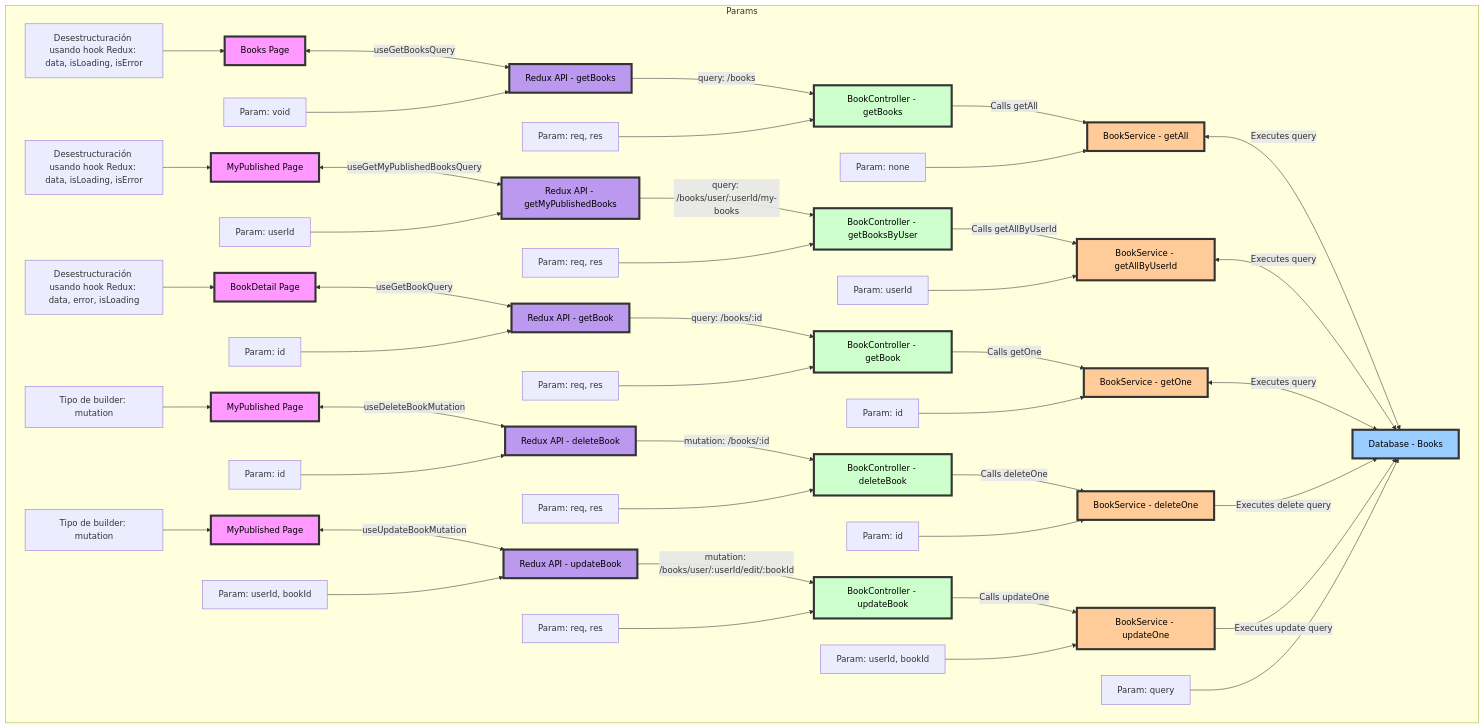
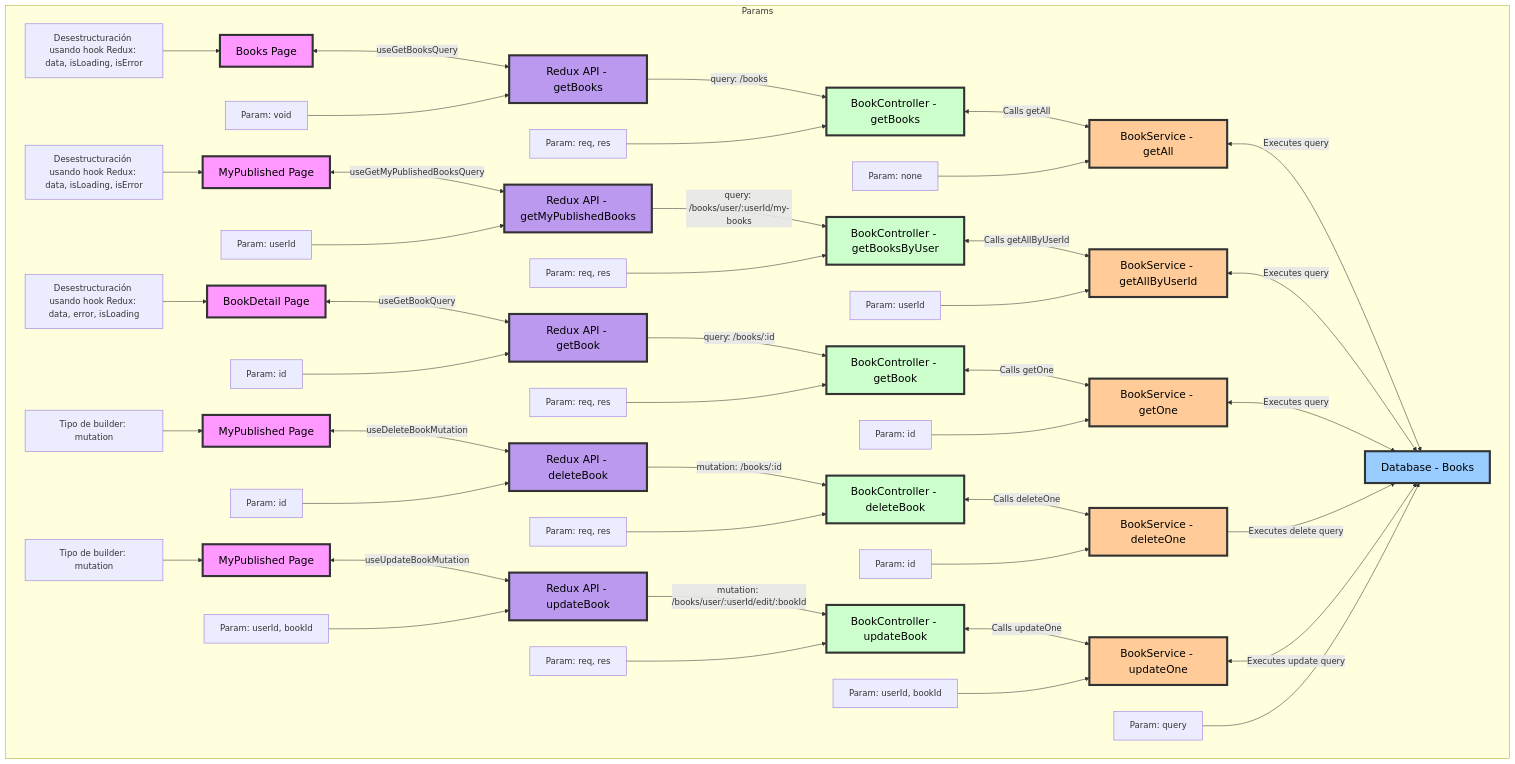
One commit to FernandoMoyano/EcoReaders changed the second of 2 diagrams in client/README.md. Above: the diagram before and after it, drawn with Mermaid.

Commit message:
modifcando direccion de flechas mermaid3

````diff
--- a/client/README.md
+++ b/client/README.md
@@ -94,32 +94,32 @@
     %% Definición de los componentes
     A["Books Page"]<-->|useGetBooksQuery| B["Redux API - getBooks"]
     B -->|query: /books| C["BookController - getBooks"]
-    C -->|Calls getAll| D["BookService - getAll"]
+    C <-->|Calls getAll| D["BookService - getAll"]
     D <-->|Executes query| E["Database - Books"]
 
     %% Conexiones para obtener libros por usuario
     F["MyPublished Page"]<-->|useGetMyPublishedBooksQuery|G["Redux API - getMyPublishedBooks"]
     G -->|query: /books/user/:userId/my-books| H["BookController - getBooksByUser"]
-    H -->|Calls getAllByUserId| I["BookService - getAllByUserId"]
+    H <-->|Calls getAllByUserId| I["BookService - getAllByUserId"]
     I <-->|Executes query| E
 
     %% Conexiones para obtener un libro en particular
     J["BookDetail Page"]<-->|useGetBookQuery| K["Redux API - getBook"]
     K -->|query: /books/:id| L["BookController - getBook"]
-    L -->|Calls getOne| M["BookService - getOne"]
+    L <-->|Calls getOne| M["BookService - getOne"]
     M <-->|Executes query| E
 
     %% Conexiones para eliminar un libro
     N["MyPublished Page"] <-->|useDeleteBookMutation| O["Redux API - deleteBook"]
     O -->|mutation: /books/:id| P["BookController - deleteBook"]
-    P -->|Calls deleteOne| Q["BookService - deleteOne"]
+    P <-->|Calls deleteOne| Q["BookService - deleteOne"]
     Q -->|Executes delete query| E
 
     %% Conexiones para editar un libro
     R["MyPublished Page"] <-->|useUpdateBookMutation| S["Redux API - updateBook"]
     S -->|mutation: /books/user/:userId/edit/:bookId| T["BookController - updateBook"]
-    T -->|Calls updateOne| U["BookService - updateOne"]
-    U -->|Executes update query| E
+    T <-->|Calls updateOne| U["BookService - updateOne"]
+    U <-->|Executes update query| E
 
     %% Detalles de los Props
     subgraph Params
@@ -178,5 +178,11 @@
     style T fill:#cfc,stroke:#333,stroke-width:4px,color:#000
     style U fill:#fc9,stroke:#333,stroke-width:4px,color:#000
 
+    %% Definición de estilos personalizados
+    classDef largeText font-size:20px;
+
+    %% Aplicación de estilos a nodos
+    class A,B,C,D,E,F,G,H,I,J,K,L,M,N,O,P,Q,R,S,T,U,V,W,X,Y,Z largeText;
+
 
 ```
````
